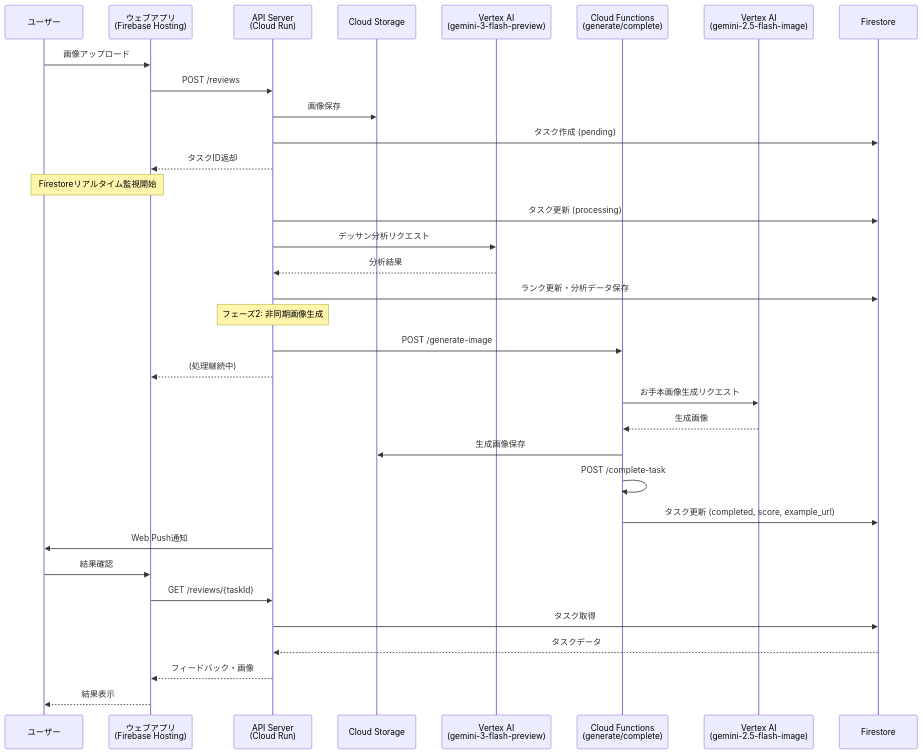
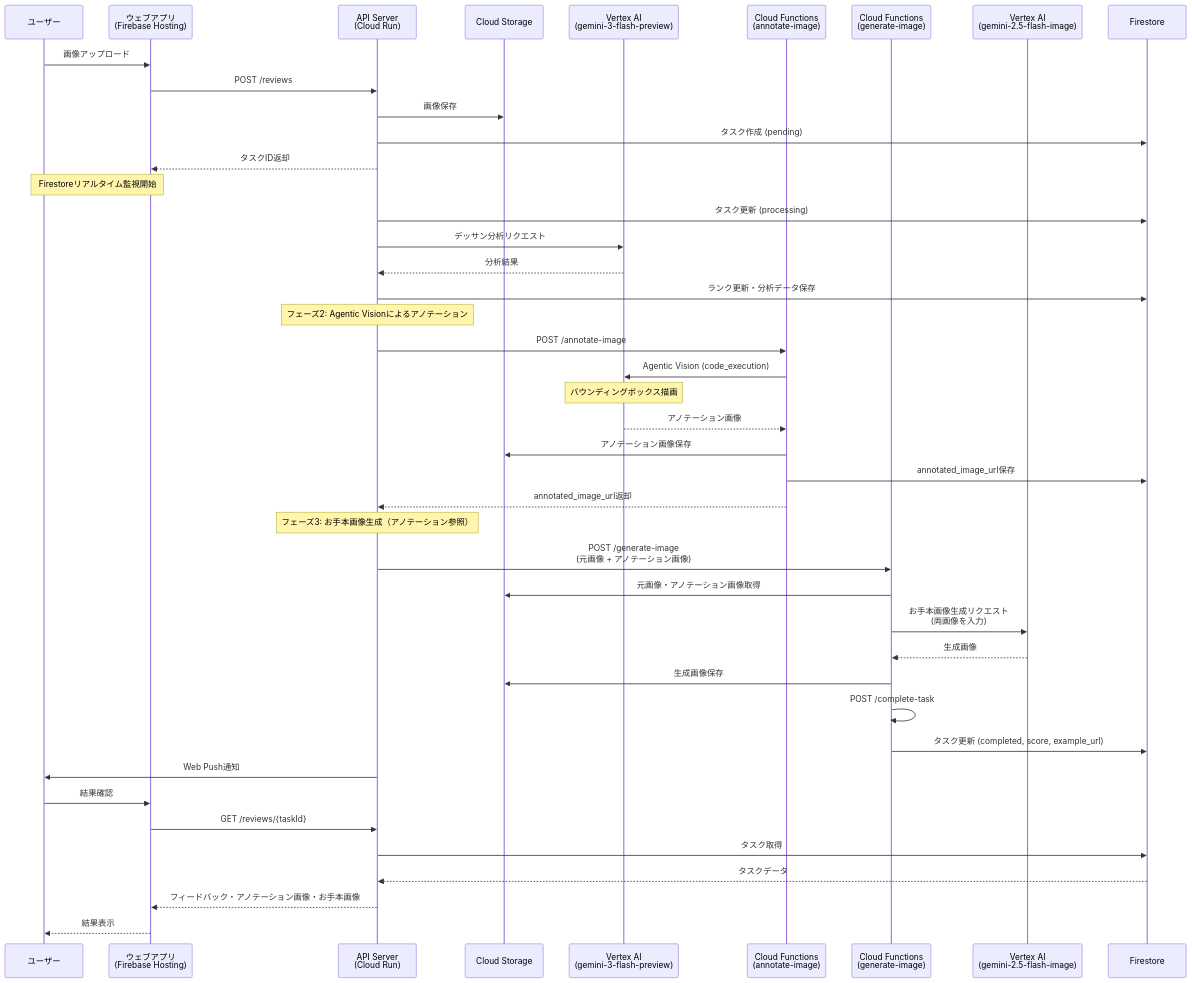
Before and after one commit to nuance-sudo/drawing-practice-agent-gch4: the second of 6 diagrams in docs/functional-design.md, drawn with Mermaid. The commit also changed other lines of this file and 11 other files, not shown here.

````diff
--- a/docs/functional-design.md
+++ b/docs/functional-design.md
@@ -68,43 +71,52 @@
 ```mermaid
 sequenceDiagram
     participant User as ユーザー
     participant Web as ウェブアプリ<br/>(Firebase Hosting)
     participant API as API Server<br/>(Cloud Run)
     participant GCS as Cloud Storage
     participant Gemini as Vertex AI<br/>(gemini-3-flash-preview)
-    participant Func as Cloud Functions<br/>(generate/complete)
+    participant AnnotateFunc as Cloud Functions<br/>(annotate-image)
+    participant GenFunc as Cloud Functions<br/>(generate-image)
     participant ImageGen as Vertex AI<br/>(gemini-2.5-flash-image)
     participant DB as Firestore
 
     User->>Web: 画像アップロード
     Web->>API: POST /reviews
     API->>GCS: 画像保存
     API->>DB: タスク作成 (pending)
     API-->>Web: タスクID返却
     
     Note over User,Web: Firestoreリアルタイム監視開始
     
     API->>DB: タスク更新 (processing)
     API->>Gemini: デッサン分析リクエスト
     Gemini-->>API: 分析結果
     API->>DB: ランク更新・分析データ保存
     
-    Note over API: フェーズ2: 非同期画像生成
-    API->>Func: POST /generate-image
-    API-->>Web: (処理継続中)
-    
-    Func->>ImageGen: お手本画像生成リクエスト
-    ImageGen-->>Func: 生成画像
-    Func->>GCS: 生成画像保存
-    Func->>Func: POST /complete-task
-    Func->>DB: タスク更新 (completed, score, example_url)
+    Note over API: フェーズ2: Agentic Visionによるアノテーション
+    API->>AnnotateFunc: POST /annotate-image
+    AnnotateFunc->>Gemini: Agentic Vision (code_execution)
+    Note over Gemini: バウンディングボックス描画
+    Gemini-->>AnnotateFunc: アノテーション画像
+    AnnotateFunc->>GCS: アノテーション画像保存
+    AnnotateFunc->>DB: annotated_image_url保存
+    AnnotateFunc-->>API: annotated_image_url返却
+
+    Note over API: フェーズ3: お手本画像生成（アノテーション参照）
+    API->>GenFunc: POST /generate-image<br/>(元画像 + アノテーション画像)
+    GenFunc->>GCS: 元画像・アノテーション画像取得
+    GenFunc->>ImageGen: お手本画像生成リクエスト<br/>(両画像を入力)
+    ImageGen-->>GenFunc: 生成画像
+    GenFunc->>GCS: 生成画像保存
+    GenFunc->>GenFunc: POST /complete-task
+    GenFunc->>DB: タスク更新 (completed, score, example_url)
     
     API->>User: Web Push通知
 
     User->>Web: 結果確認
     Web->>API: GET /reviews/{taskId}
     API->>DB: タスク取得
     DB-->>API: タスクデータ
-    API-->>Web: フィードバック・画像
+    API-->>Web: フィードバック・アノテーション画像・お手本画像
     Web-->>User: 結果表示
 ```
````
